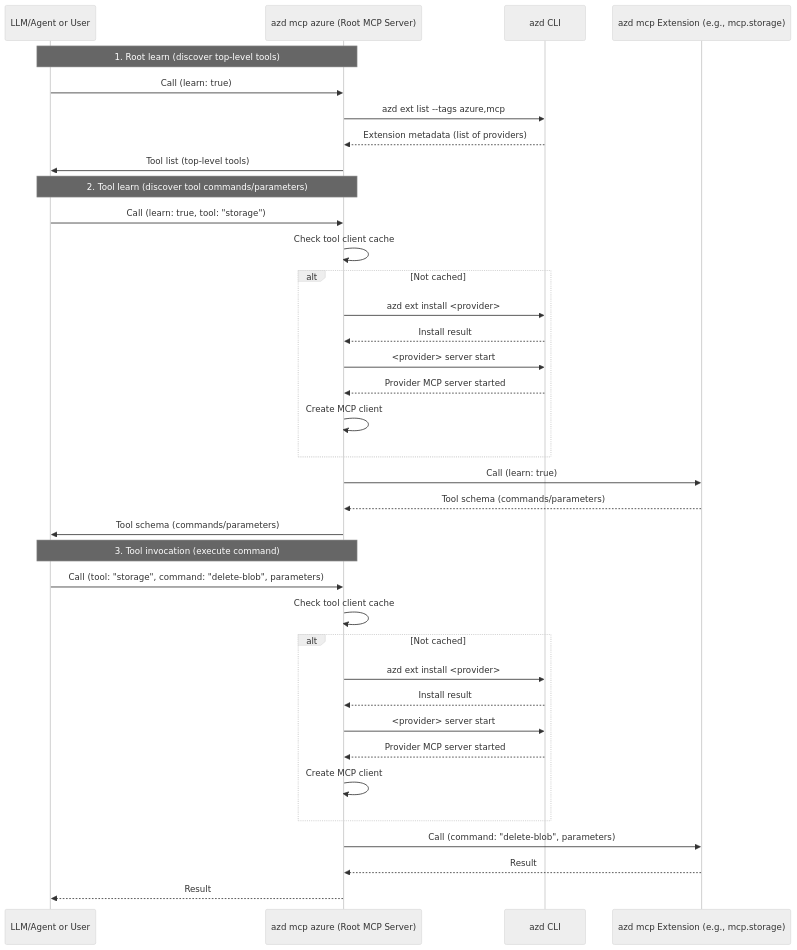
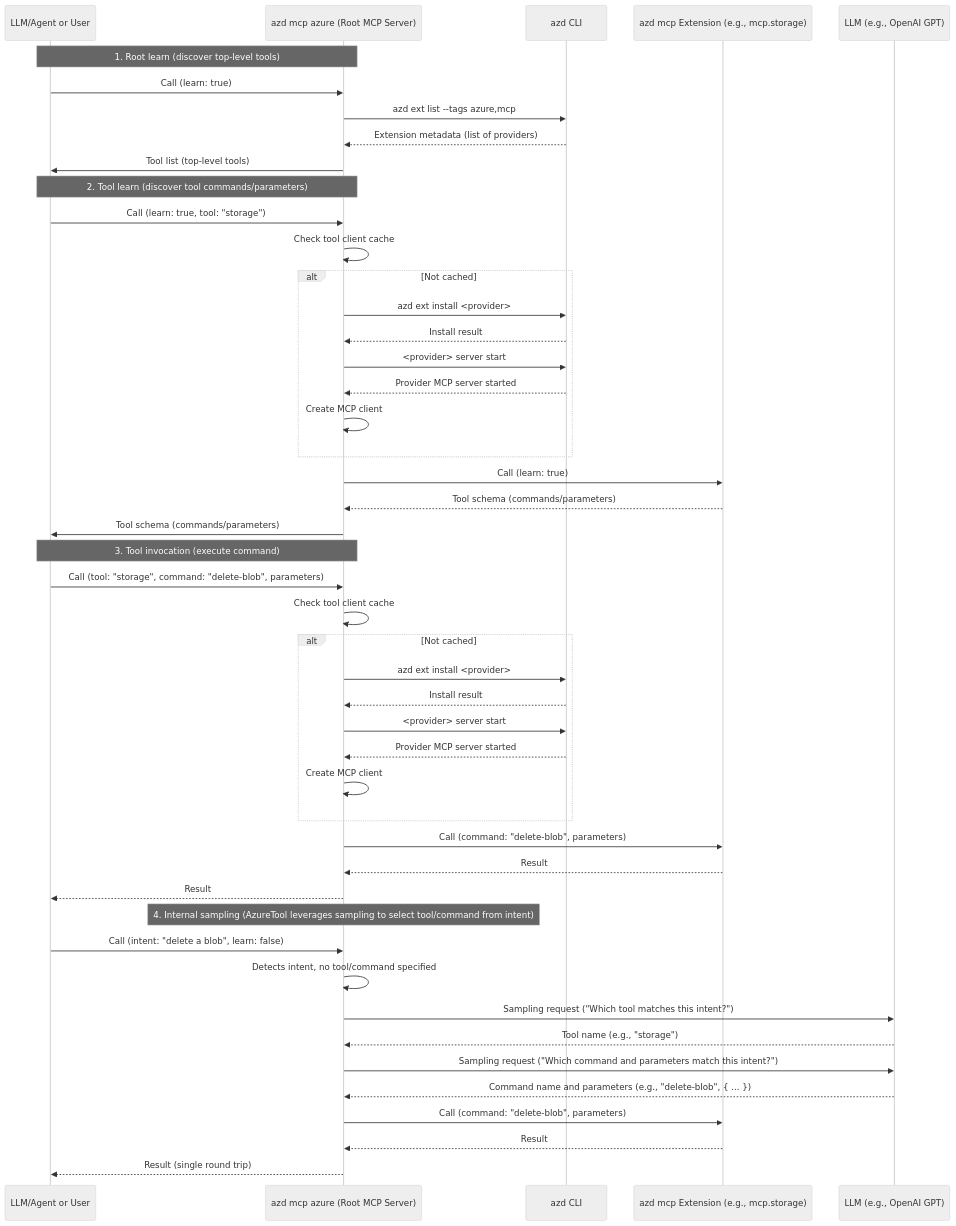
The diagram in README.md (wbreza/azd-azure-mcp), drawn with Mermaid (neutral theme) before and after one commit. The commit also changed other lines of this file and 5 other files, not shown here.

Commit message:
Fixes issues on storage and updates readme for sampling

````diff
--- a/README.md
+++ b/README.md
@@ -121,44 +126,57 @@
 ```mermaid
 sequenceDiagram
     participant User as LLM/Agent or User
     participant AzureMCP as azd mcp azure (Root MCP Server)
     participant azd as azd CLI
     participant Provider as azd mcp Extension (e.g., mcp.storage)
+    participant LLM as LLM (e.g., OpenAI GPT)
 
     %% 1. Root learn
     Note over User,AzureMCP: 1. Root learn (discover top-level tools)
     User->>AzureMCP: Call (learn: true)
     AzureMCP->>azd: azd ext list --tags azure,mcp
     azd-->>AzureMCP: Extension metadata (list of providers)
     AzureMCP->>User: Tool list (top-level tools)
 
     %% 2. Tool learn
     Note over User,AzureMCP: 2. Tool learn (discover tool commands/parameters)
     User->>AzureMCP: Call (learn: true, tool: "storage")
     AzureMCP->>AzureMCP: Check tool client cache
     alt Not cached
         AzureMCP->>azd: azd ext install <provider>
         azd-->>AzureMCP: Install result
         AzureMCP->>azd: <provider> server start
         azd-->>AzureMCP: Provider MCP server started
         AzureMCP->>AzureMCP: Create MCP client
     end
     AzureMCP->>Provider: Call (learn: true)
     Provider-->>AzureMCP: Tool schema (commands/parameters)
     AzureMCP->>User: Tool schema (commands/parameters)
 
     %% 3. Tool invocation
     Note over User,AzureMCP: 3. Tool invocation (execute command)
     User->>AzureMCP: Call (tool: "storage", command: "delete-blob", parameters)
     AzureMCP->>AzureMCP: Check tool client cache
     alt Not cached
         AzureMCP->>azd: azd ext install <provider>
         azd-->>AzureMCP: Install result
         AzureMCP->>azd: <provider> server start
         azd-->>AzureMCP: Provider MCP server started
         AzureMCP->>AzureMCP: Create MCP client
     end
     AzureMCP->>Provider: Call (command: "delete-blob", parameters)
     Provider-->>AzureMCP: Result
     AzureMCP-->>User: Result
+
+    %% 4. Internal Sampling for Tool/Command Selection
+    Note over AzureMCP: 4. Internal sampling (AzureTool leverages sampling to select tool/command from intent)
+    User->>AzureMCP: Call (intent: "delete a blob", learn: false)
+    AzureMCP->>AzureMCP: Detects intent, no tool/command specified
+    AzureMCP->>LLM: Sampling request ("Which tool matches this intent?")
+    LLM-->>AzureMCP: Tool name (e.g., "storage")
+    AzureMCP->>LLM: Sampling request ("Which command and parameters match this intent?")
+    LLM-->>AzureMCP: Command name and parameters (e.g., "delete-blob", { ... })
+    AzureMCP->>Provider: Call (command: "delete-blob", parameters)
+    Provider-->>AzureMCP: Result
+    AzureMCP-->>User: Result (single round trip)
 ```
````
